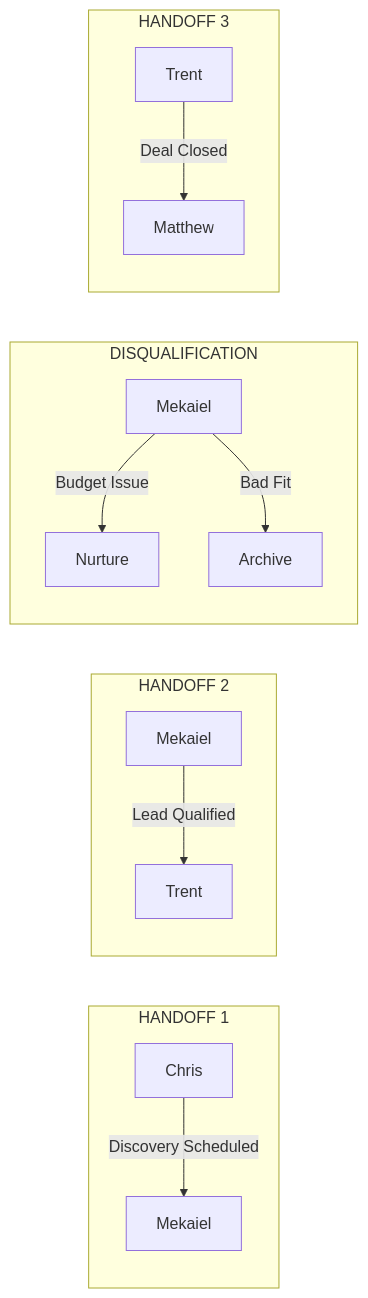
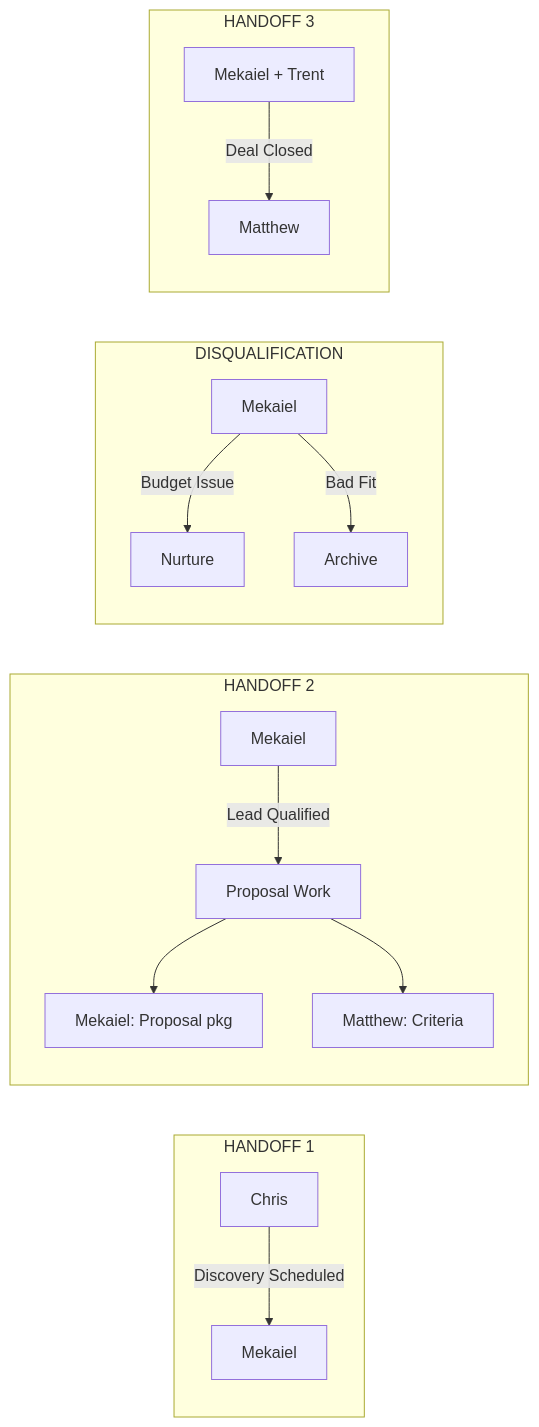
The first of 3 diagrams in claude-code-os-implementation/02-operations/handoff sops/SOP-ARISE-HO-001-handoff-procedures.md (mekaielabdullahi/ai-agency-sales-os), drawn with Mermaid before and after one commit. The commit also changed other lines of this file and 3 other files, not shown here.

````diff
--- a/claude-code-os-implementation/02-operations/handoff sops/SOP-ARISE-HO-001-handoff-procedures.md
+++ b/claude-code-os-implementation/02-operations/handoff sops/SOP-ARISE-HO-001-handoff-procedures.md
@@ -47,19 +47,21 @@
 ```mermaid
 graph LR
     subgraph H1[" HANDOFF 1 "]
         A[Chris] -->|Discovery Scheduled| B[Mekaiel]
     end
 
     subgraph H2[" HANDOFF 2 "]
-        C[Mekaiel] -->|Lead Qualified| D[Trent]
+        C[Mekaiel] -->|Lead Qualified| D[Proposal Work]
+        D --> D1[Mekaiel: Proposal pkg]
+        D --> D2[Matthew: Criteria]
     end
 
     subgraph DQ[" DISQUALIFICATION "]
         E[Mekaiel] -->|Budget Issue| F[Nurture]
         E -->|Bad Fit| G[Archive]
     end
 
     subgraph H3[" HANDOFF 3 "]
-        H[Trent] -->|Deal Closed| I[Matthew]
+        H[Mekaiel + Trent] -->|Deal Closed| I[Matthew]
     end
 ```
````
